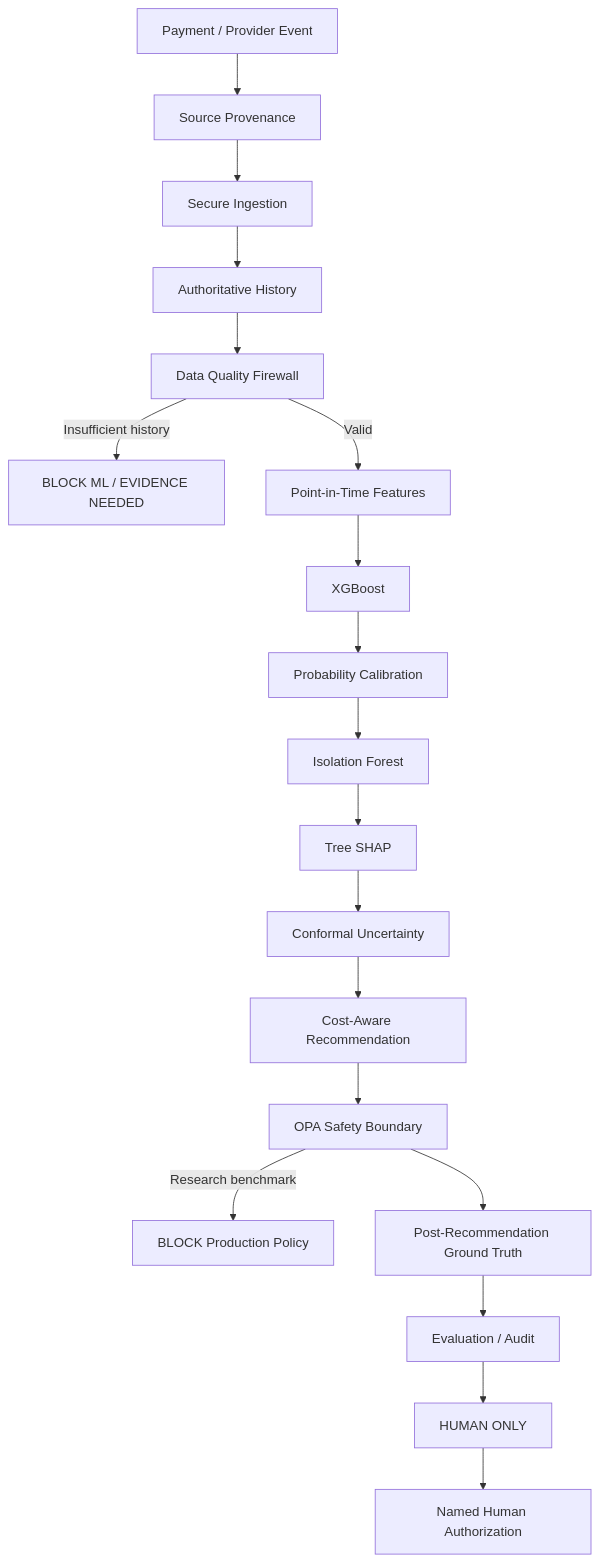
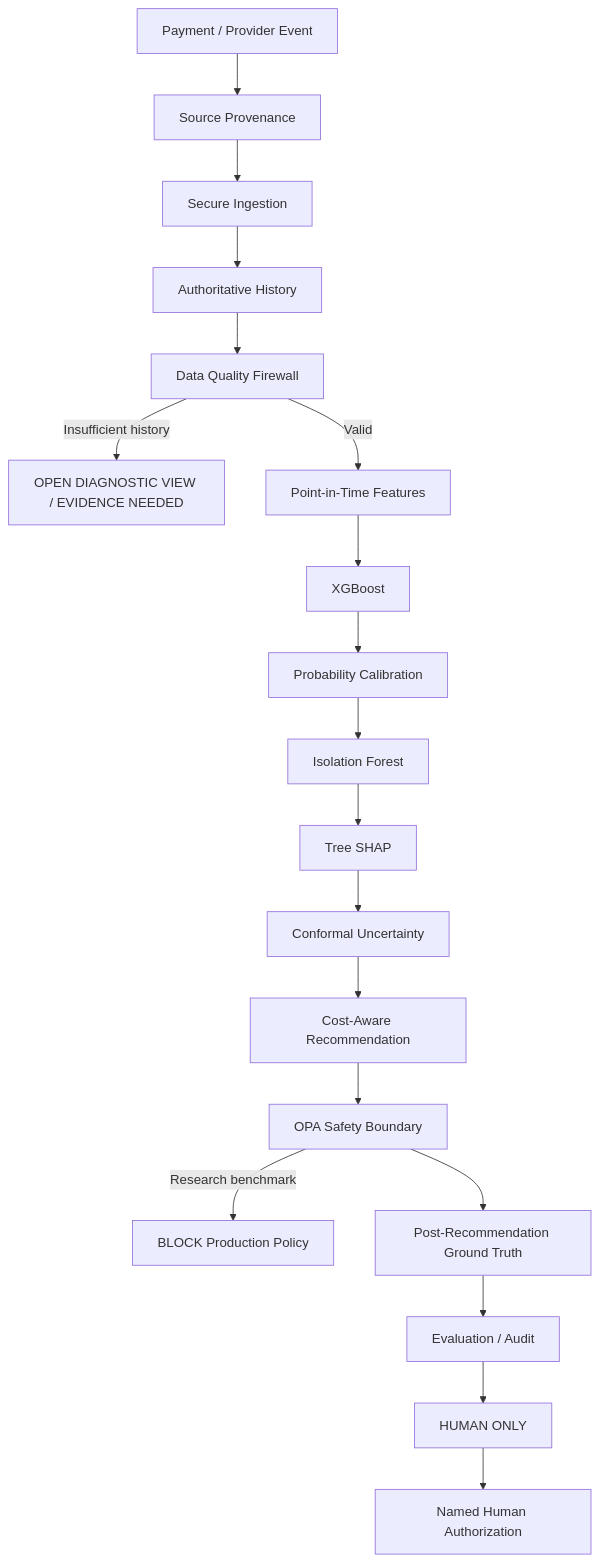
The diagram in README.md (darioanderson/RazorTrust), drawn with Mermaid before and after one commit. The commit also changed 2 other files, not shown here.

Commit message:
Open diagnostic view for insufficient-history cases

````diff
--- a/README.md
+++ b/README.md
@@ -154,21 +154,21 @@
 ```mermaid
 flowchart TD
     A[Payment / Provider Event] --> B[Source Provenance]
     B --> C[Secure Ingestion]
     C --> D[Authoritative History]
     D --> E[Data Quality Firewall]
-    E -->|Insufficient history| X[BLOCK ML / EVIDENCE NEEDED]
+    E -->|Insufficient history| X[OPEN DIAGNOSTIC VIEW / EVIDENCE NEEDED]
     E -->|Valid| F[Point-in-Time Features]
     F --> G[XGBoost]
     G --> H[Probability Calibration]
     H --> I[Isolation Forest]
     I --> J[Tree SHAP]
     J --> K[Conformal Uncertainty]
     K --> L[Cost-Aware Recommendation]
     L --> M[OPA Safety Boundary]
     M -->|Research benchmark| N[BLOCK Production Policy]
     M --> O[Post-Recommendation Ground Truth]
     O --> P[Evaluation / Audit]
     P --> Q[HUMAN ONLY]
     Q --> R[Named Human Authorization]
 ```
````
